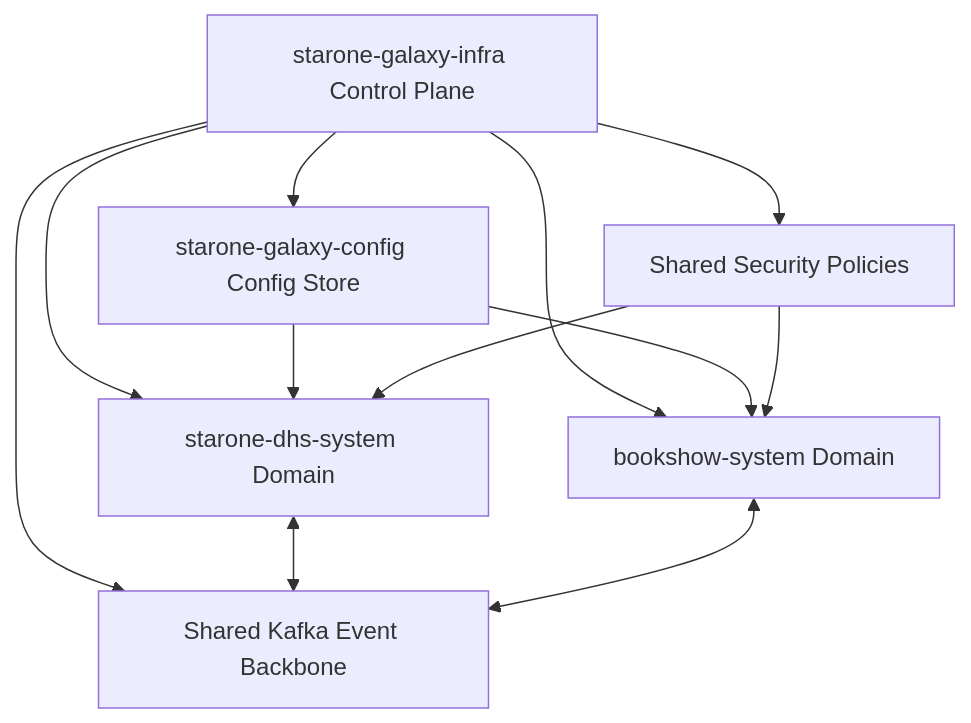
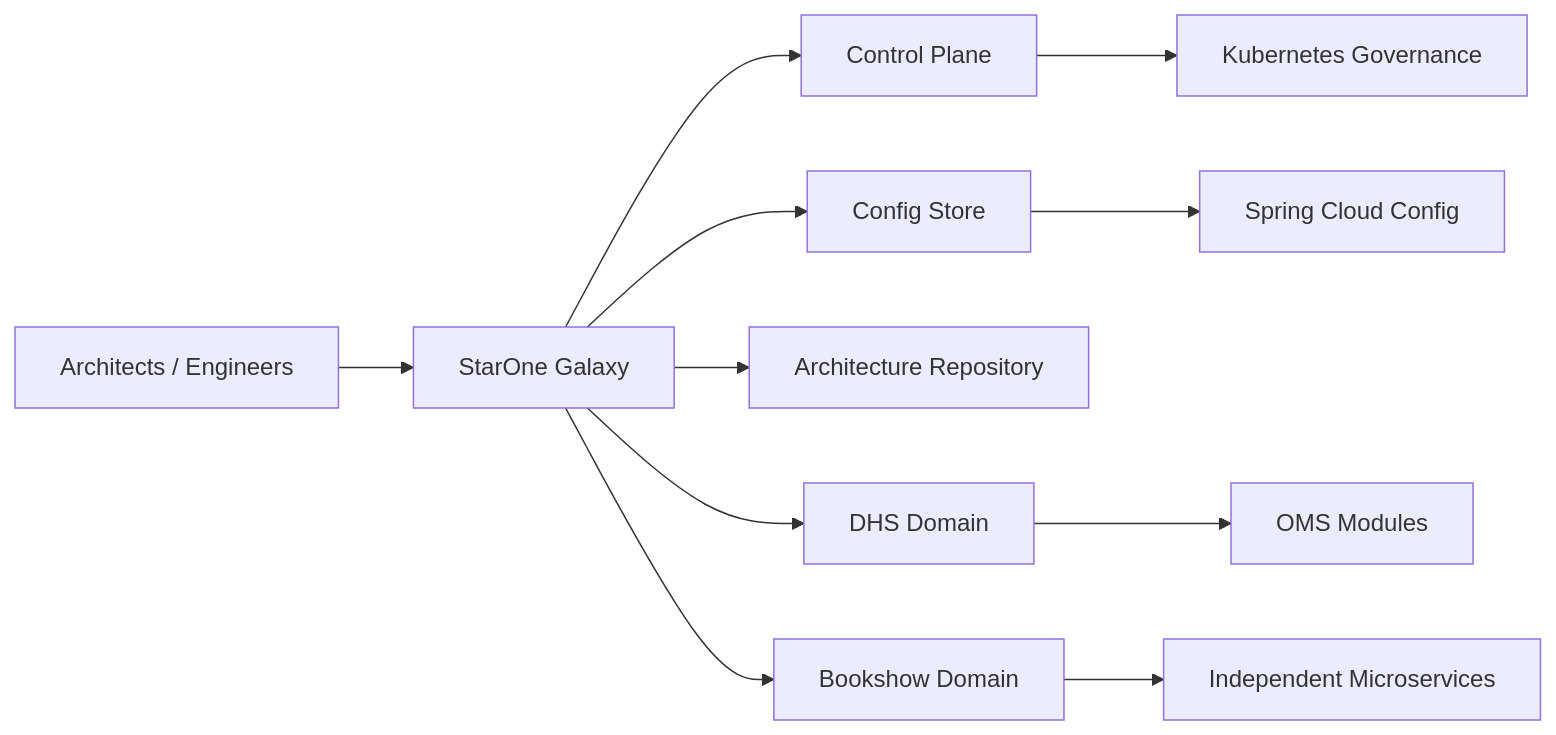
The first of 5 diagrams in README.md (STARONE-INFOTECH/starone-galaxy-architecture), drawn with Mermaid before and after one commit. The commit also changed other lines of this file and 5 other files, not shown here.

````diff
--- a/README.md
+++ b/README.md
@@ -143,25 +71,19 @@
 ```mermaid
-flowchart TD
+flowchart LR
 
-A[starone-galaxy-infra Control Plane]
-B[starone-galaxy-config Config Store]
-C[starone-dhs-system Domain]
-D[bookshow-system Domain]
-E[Shared Kafka Event Backbone]
-F[Shared Security Policies]
+User[Architects / Engineers]
 
-A --> B
-A --> C
-A --> D
-A --> E
-A --> F
+User --> Galaxy[StarOne Galaxy]
 
-B --> C
-B --> D
+Galaxy --> Infra[Control Plane]
+Galaxy --> Config[Config Store]
+Galaxy --> Architecture[Architecture Repository]
+Galaxy --> DHS[DHS Domain]
+Galaxy --> Bookshow[Bookshow Domain]
 
-C <--> E
-D <--> E
+Infra --> Kubernetes[Kubernetes Governance]
+Config --> SCC[Spring Cloud Config]
 
-F --> C
-F --> D
+DHS --> OMS[OMS Modules]
+Bookshow --> Services[Independent Microservices]
 ```
````
